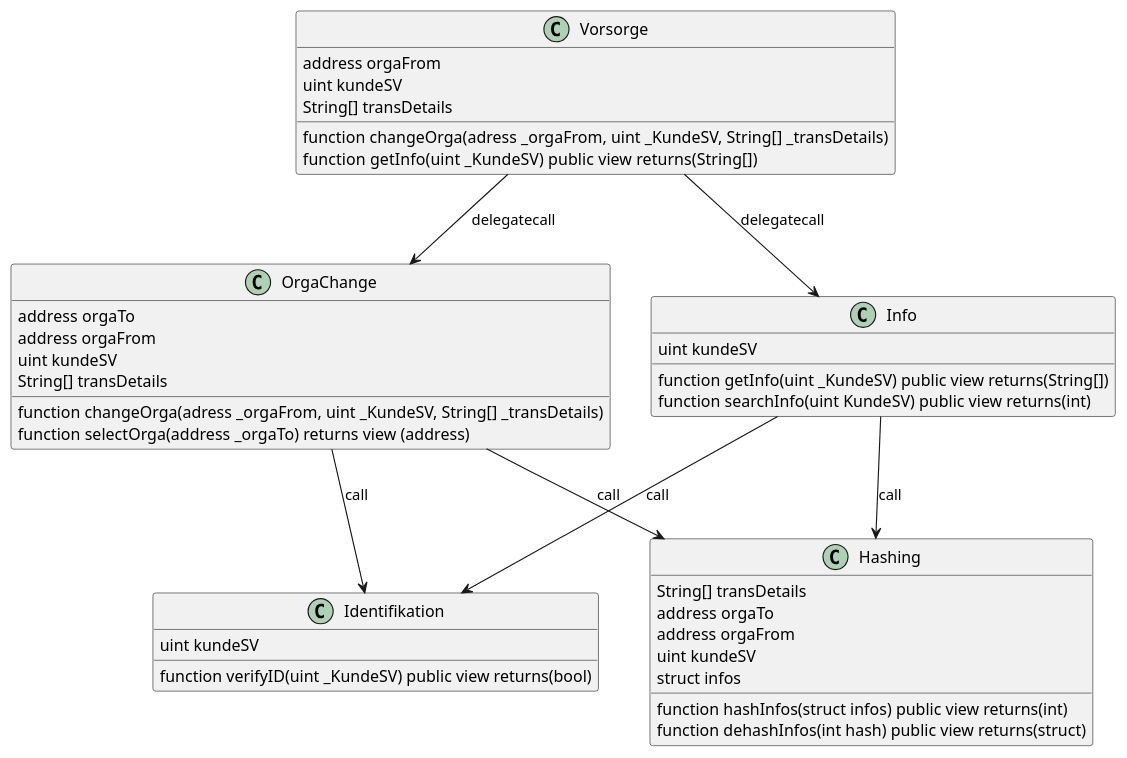
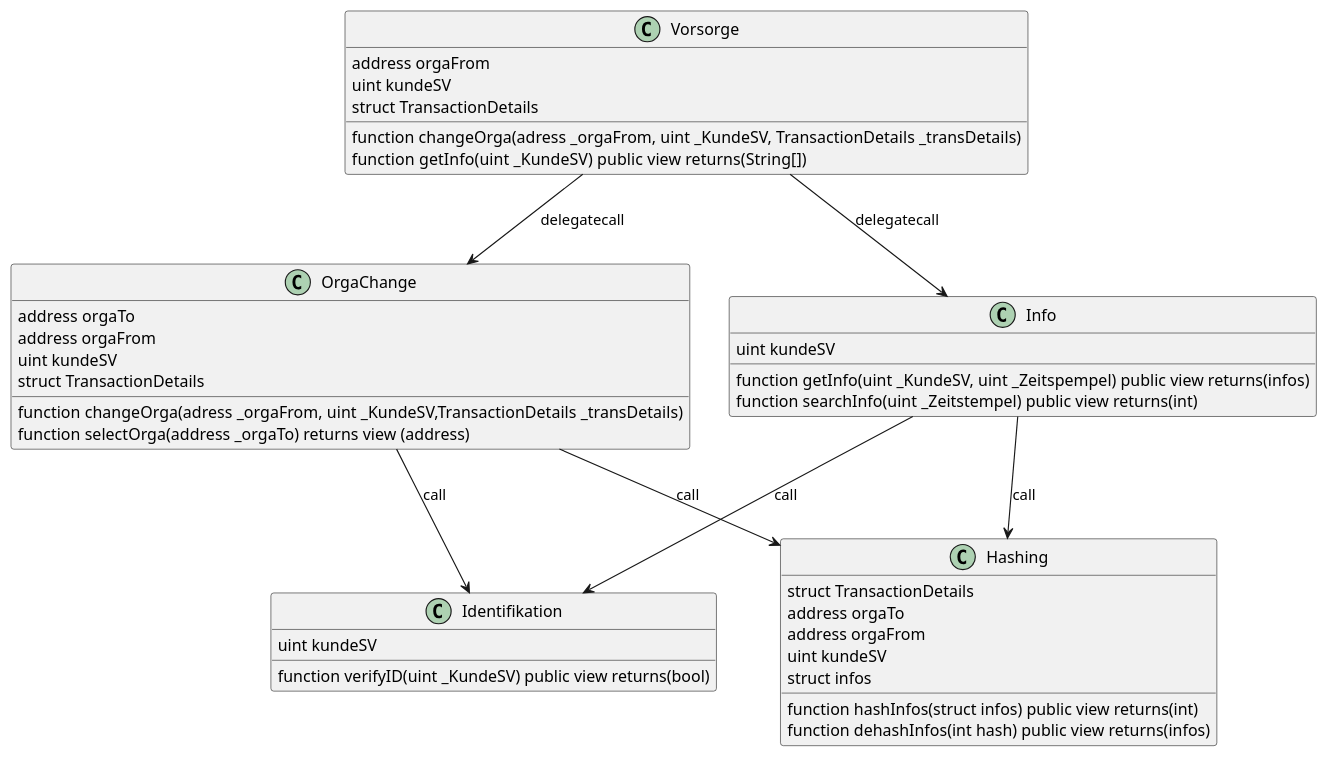
The diagram in docs/VVS.puml (TK5-Tim/Unibas-BCC2019-VVS), drawn with PlantUML before and after one commit. The commit also changed 5 other files, not shown here.

Commit message:
first version contracts. new version diagrams

```diff
--- a/docs/VVS.puml
+++ b/docs/VVS.puml
@@ -1,42 +1,42 @@
 @startuml VVS_classes
 class Vorsorge {
     address orgaFrom
     uint kundeSV
-    String[] transDetails
-    function changeOrga(adress _orgaFrom, uint _KundeSV, String[] _transDetails)
+    struct TransactionDetails
+    function changeOrga(adress _orgaFrom, uint _KundeSV, TransactionDetails _transDetails)
     function getInfo(uint _KundeSV)  public view returns(String[])
 }
 class OrgaChange {
     address orgaTo
     address orgaFrom
     uint kundeSV
-    String[] transDetails
-    function changeOrga(adress _orgaFrom, uint _KundeSV, String[] _transDetails)
+    struct TransactionDetails
+    function changeOrga(adress _orgaFrom, uint _KundeSV,TransactionDetails _transDetails)
     function selectOrga(address _orgaTo) returns view (address)
 }
 class Info {
     uint kundeSV
-    function getInfo(uint _KundeSV) public view returns(String[])
-    function searchInfo(uint KundeSV) public view returns(int)
+    function getInfo(uint _KundeSV, uint _Zeitspempel) public view returns(infos)
+    function searchInfo(uint _Zeitstempel) public view returns(int)
 }
 class Identifikation {
     uint kundeSV
     function verifyID(uint _KundeSV) public view returns(bool)
 }
 class Hashing {
-    String[] transDetails 
+    struct TransactionDetails 
     address orgaTo
     address orgaFrom
     uint kundeSV 
     struct infos 
     function hashInfos(struct infos) public view returns(int)
-    function dehashInfos(int hash) public view returns(struct)
+    function dehashInfos(int hash) public view returns(infos)
 }
 Vorsorge --> OrgaChange : delegatecall
 Vorsorge --> Info : delegatecall
 OrgaChange --> Identifikation : call
 Info --> Identifikation: call
 Info --> Hashing: call
 OrgaChange --> Hashing: call
 
 @enduml
```
